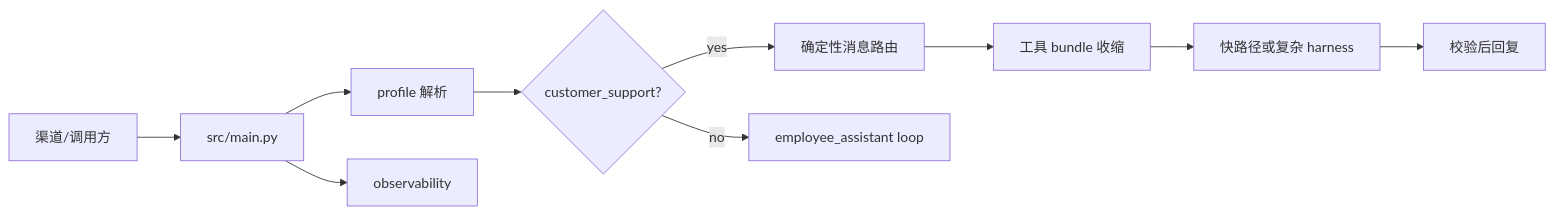
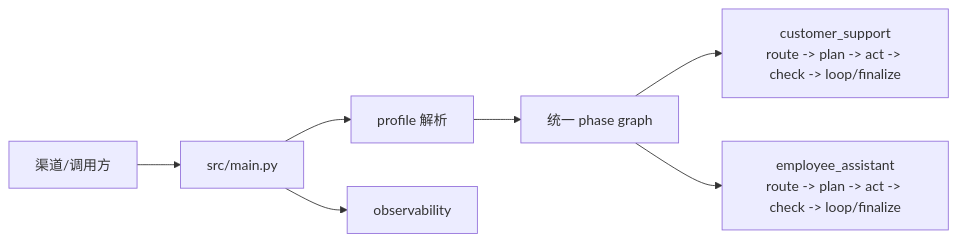
One commit to lr12338/hifleet-agent changed the diagram in docs/README.md. Above: the diagram before and after it, drawn with Mermaid. The commit also changed other lines of this file and 12 other files, not shown here.

Commit message:
Harden agent secrecy and simplify architecture docs

````diff
--- a/docs/README.md
+++ b/docs/README.md
@@ -18,12 +18,9 @@
 ```mermaid
 flowchart LR
     Client[渠道/调用方] --> API[src/main.py]
     API --> Profile[profile 解析]
-    Profile --> CS{customer_support?}
-    CS -- yes --> Router[确定性消息路由]
-    Router --> Bundle[工具 bundle 收缩]
-    Bundle --> Harness[快路径或复杂 harness]
-    Harness --> Answer[校验后回复]
-    CS -- no --> Employee[employee_assistant loop]
+    Profile --> Graph[统一 phase graph]
+    Graph --> CS[customer_support<br/>route -> plan -> act -> check -> loop/finalize]
+    Graph --> Employee[employee_assistant<br/>route -> plan -> act -> check -> loop/finalize]
     API --> Obs[observability]
 ```
````
